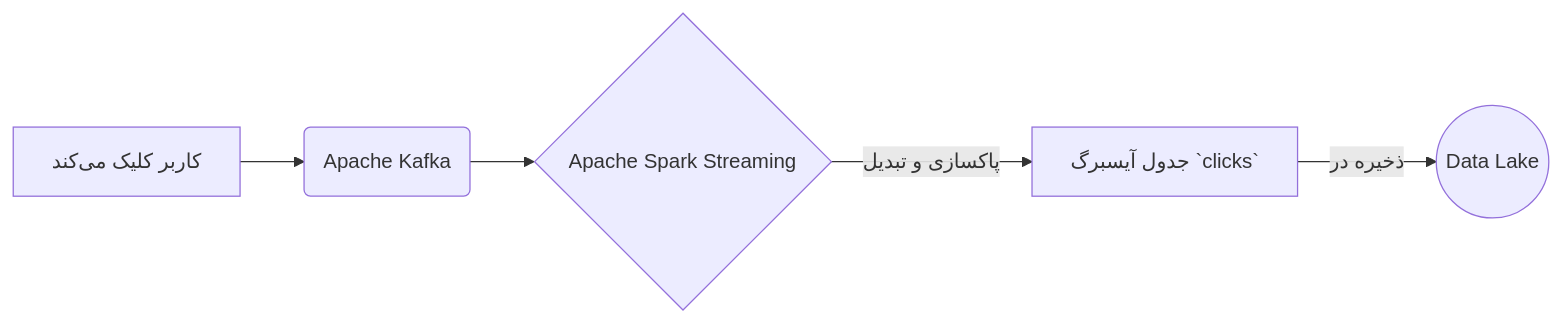
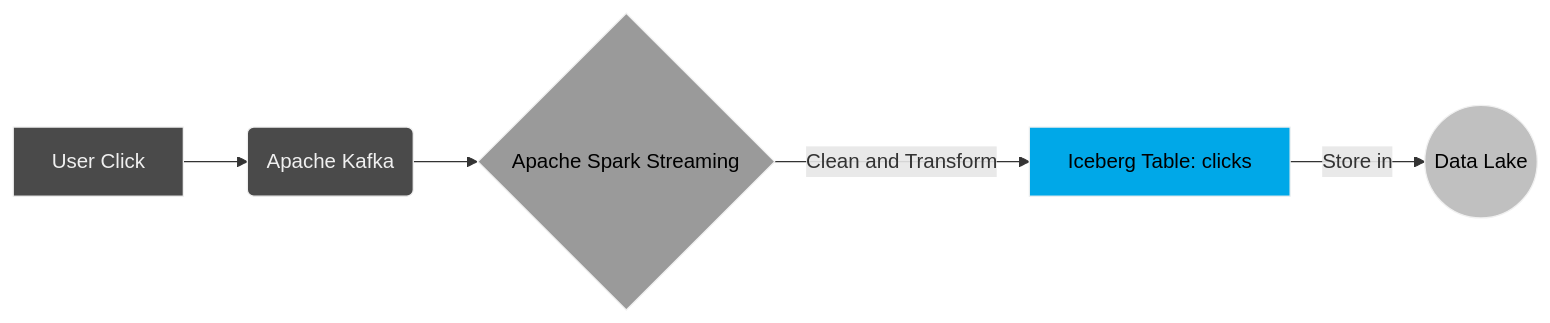
The third of 6 diagrams in iceberg_explanation_fa.md (jonsonpaskal123/iceberg), drawn with Mermaid before and after one commit. The commit also changed other lines of this file and 1 other file, not shown here.

First line of the commit message:
style(docs): Redesign all Mermaid diagrams with a modern theme

````diff
--- a/iceberg_explanation_fa.md
+++ b/iceberg_explanation_fa.md
@@ -138,7 +152,18 @@
 ```mermaid
 graph LR
-    A[کاربر کلیک می‌کند] --> B(Apache Kafka);
+    classDef default fill:#2b2b2b,stroke:#f0f0f0,color:#f0f0f0;
+    classDef source fill:#4a4a4a,stroke:#f0f0f0,color:#f0f0f0;
+    classDef process fill:#9a9a9a,stroke:#f0f0f0,color:#000;
+    classDef iceberg fill:#00a8e8,stroke:#f0f0f0,color:#000;
+    classDef datalake fill:#c0c0c0,stroke:#f0f0f0,color:#000;
+
+    A[User Click] --> B(Apache Kafka);
     B --> C{Apache Spark Streaming};
-    C -- پاکسازی و تبدیل --> D[جدول آیسبرگ `clicks`];
-    D -- ذخیره در --> E((Data Lake));
+    C -- Clean and Transform --> D[Iceberg Table: clicks];
+    D -- Store in --> E((Data Lake));
+
+    class A,B source;
+    class C process;
+    class D iceberg;
+    class E datalake;
 ```
````
